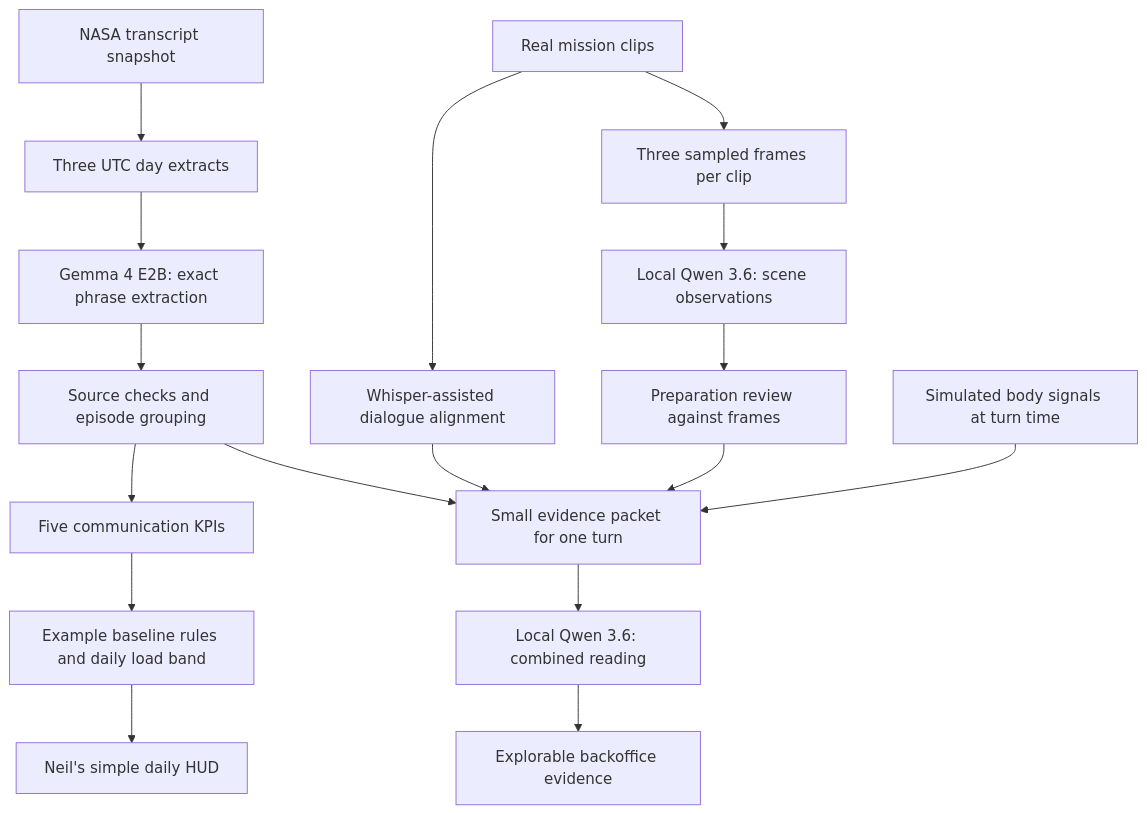
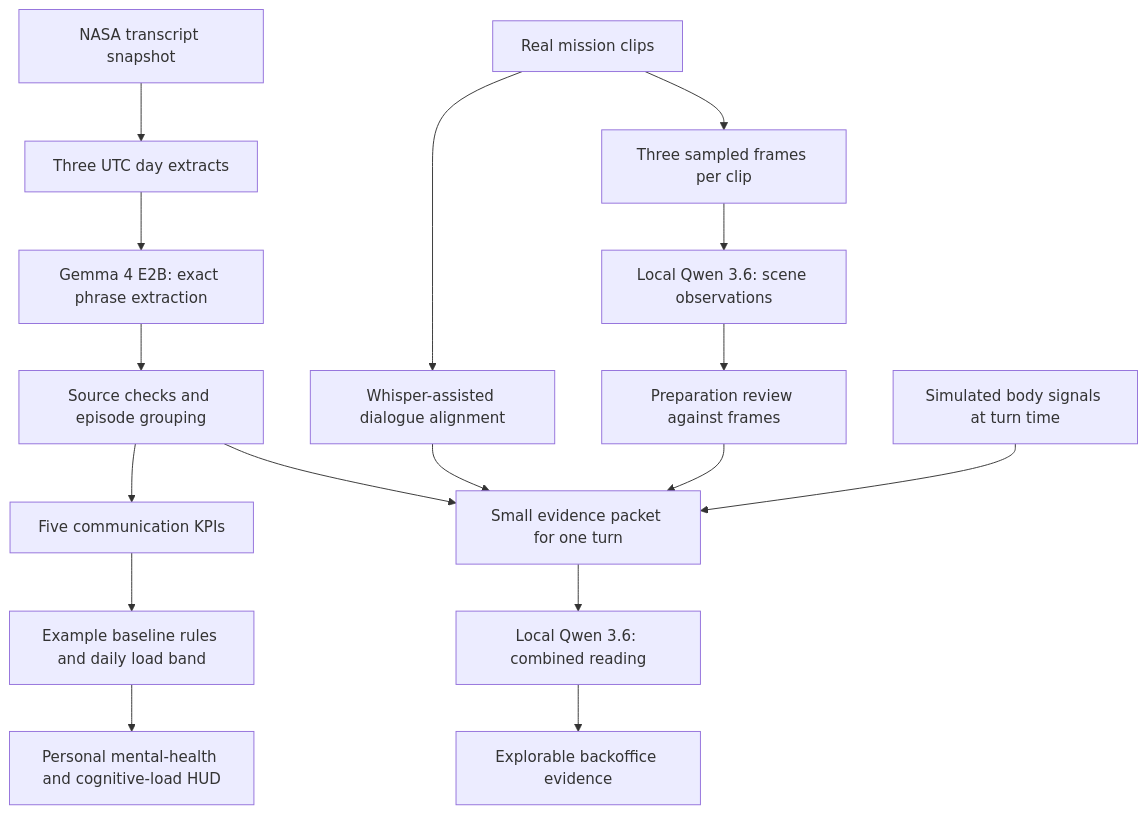
Before and after one commit to amirzaushnizer/submental: the diagram in README.md, drawn with Mermaid. The commit also changed other lines of this file and 4 other files, not shown here.

Commit message:
Clarify multimodal astronaut mental-health and cognitive-load self-monitoring purpose

````diff
--- a/README.md
+++ b/README.md
@@ -88,20 +105,20 @@
 ```mermaid
 flowchart TD
     A[NASA transcript snapshot] --> B[Three UTC day extracts]
     B --> C[Gemma 4 E2B: exact phrase extraction]
     C --> D[Source checks and episode grouping]
     D --> E[Five communication KPIs]
     E --> F[Example baseline rules and daily load band]
-    F --> G[Neil's simple daily HUD]
+    F --> G[Personal mental-health and cognitive-load HUD]
 
     H[Real mission clips] --> I[Whisper-assisted dialogue alignment]
     H --> J[Three sampled frames per clip]
     J --> K[Local Qwen 3.6: scene observations]
     K --> L[Preparation review against frames]
     M[Simulated body signals at turn time] --> N[Small evidence packet for one turn]
     D --> N
     I --> N
     L --> N
     N --> O[Local Qwen 3.6: combined reading]
     O --> P[Explorable backoffice evidence]
 ```
````
